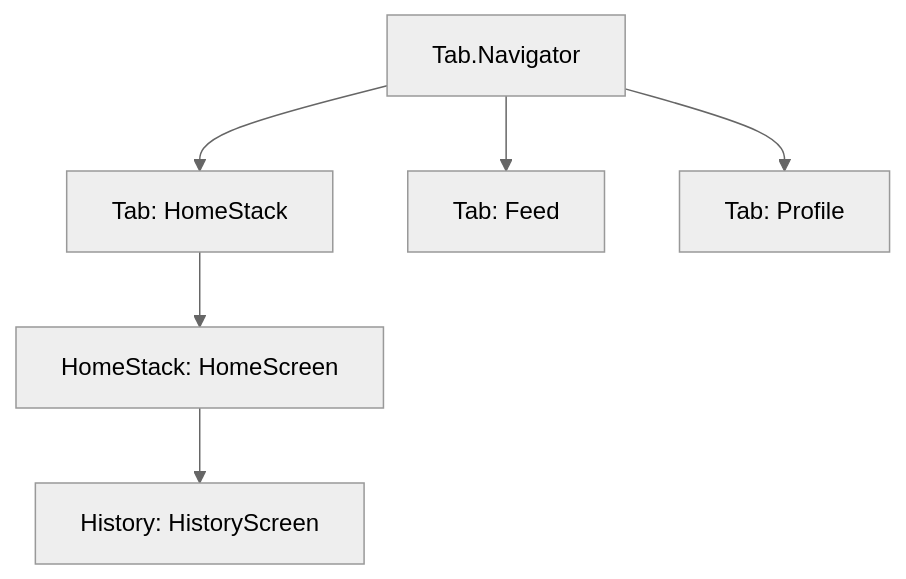
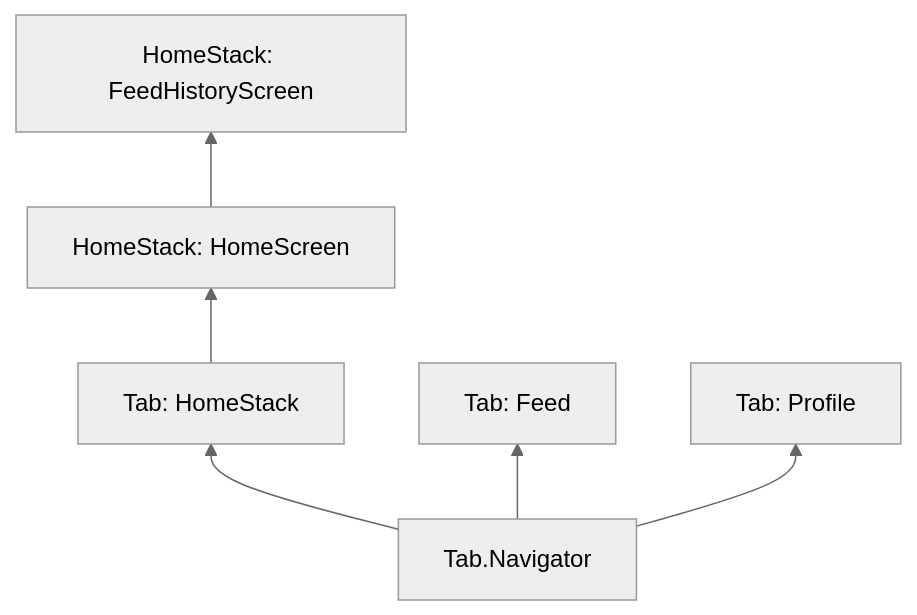
Before and after one commit to luuislanda/PMA2026: the diagram in sessions/session07/lecture/slides.md, drawn with Mermaid (neutral theme). The commit also changed other lines of this file and 20 other files, not shown here.

````diff
--- a/sessions/session07/lecture/slides.md
+++ b/sessions/session07/lecture/slides.md
@@ -174,11 +173,11 @@
 ```mermaid
-flowchart TD
+flowchart BT
   B[Tab.Navigator]
 
   B --> C[Tab: HomeStack]
   B --> D[Tab: Feed]
   B --> E[Tab: Profile]
 
   C --> G[HomeStack: HomeScreen]
-  G --> H[History: HistoryScreen]
+  G --> H[HomeStack: FeedHistoryScreen]
 ```
````
